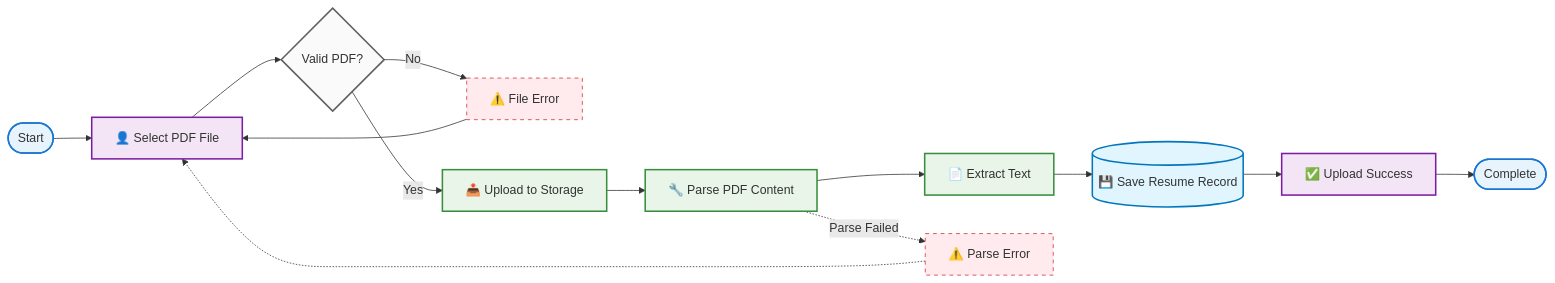
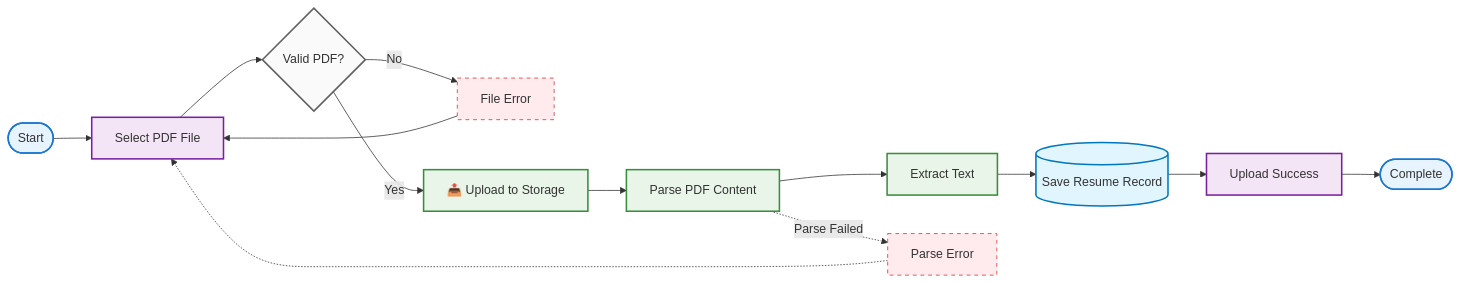
Before and after one commit to thenotoriousgustav/ai-resume: the first of 5 diagrams in BUSINESS_PROCESS_BPMN.md, drawn with Mermaid. The commit also changed other lines of this file and 5 other files, not shown here.

````diff
--- a/BUSINESS_PROCESS_BPMN.md
+++ b/BUSINESS_PROCESS_BPMN.md
@@ -17,33 +17,33 @@
 ```mermaid
 flowchart LR
-    Start([Start]) --> SelectFile[👤 Select PDF File]
+    Start([Start]) --> SelectFile[Select PDF File]
     SelectFile --> ValidateFile{Valid PDF?}
 
-    ValidateFile -->|No| FileError[⚠️ File Error]
+    ValidateFile -->|No| FileError[File Error]
     ValidateFile -->|Yes| UploadFile[📤 Upload to Storage]
 
-    UploadFile --> ParsePDF[🔧 Parse PDF Content]
-    ParsePDF --> ExtractText[📄 Extract Text]
-    ExtractText --> SaveRecord[(💾 Save Resume Record)]
-    SaveRecord --> Success[✅ Upload Success]
+    UploadFile --> ParsePDF[Parse PDF Content]
+    ParsePDF --> ExtractText[Extract Text]
+    ExtractText --> SaveRecord[(Save Resume Record)]
+    SaveRecord --> Success[Upload Success]
     Success --> End([Complete])
 
     FileError --> SelectFile
-    ParsePDF -.->|Parse Failed| ParseError[⚠️ Parse Error]
+    ParsePDF -.->|Parse Failed| ParseError[Parse Error]
     ParseError -.-> SelectFile
 
     %% Styling
     classDef startEnd fill:#e8f4fd,stroke:#1976d2,stroke-width:2px
     classDef process fill:#f3e5f5,stroke:#7b1fa2,stroke-width:2px
     classDef service fill:#e8f5e8,stroke:#388e3c,stroke-width:2px
     classDef data fill:#e1f5fe,stroke:#0277bd,stroke-width:2px
     classDef decision fill:#fafafa,stroke:#616161,stroke-width:2px
     classDef error fill:#ffebee,stroke:#d32f2f,stroke-width:1px,stroke-dasharray: 5 5
 
     class Start,End startEnd
     class SelectFile,Success process
     class UploadFile,ParsePDF,ExtractText service
     class SaveRecord data
     class ValidateFile decision
     class FileError,ParseError error
 ```
````
